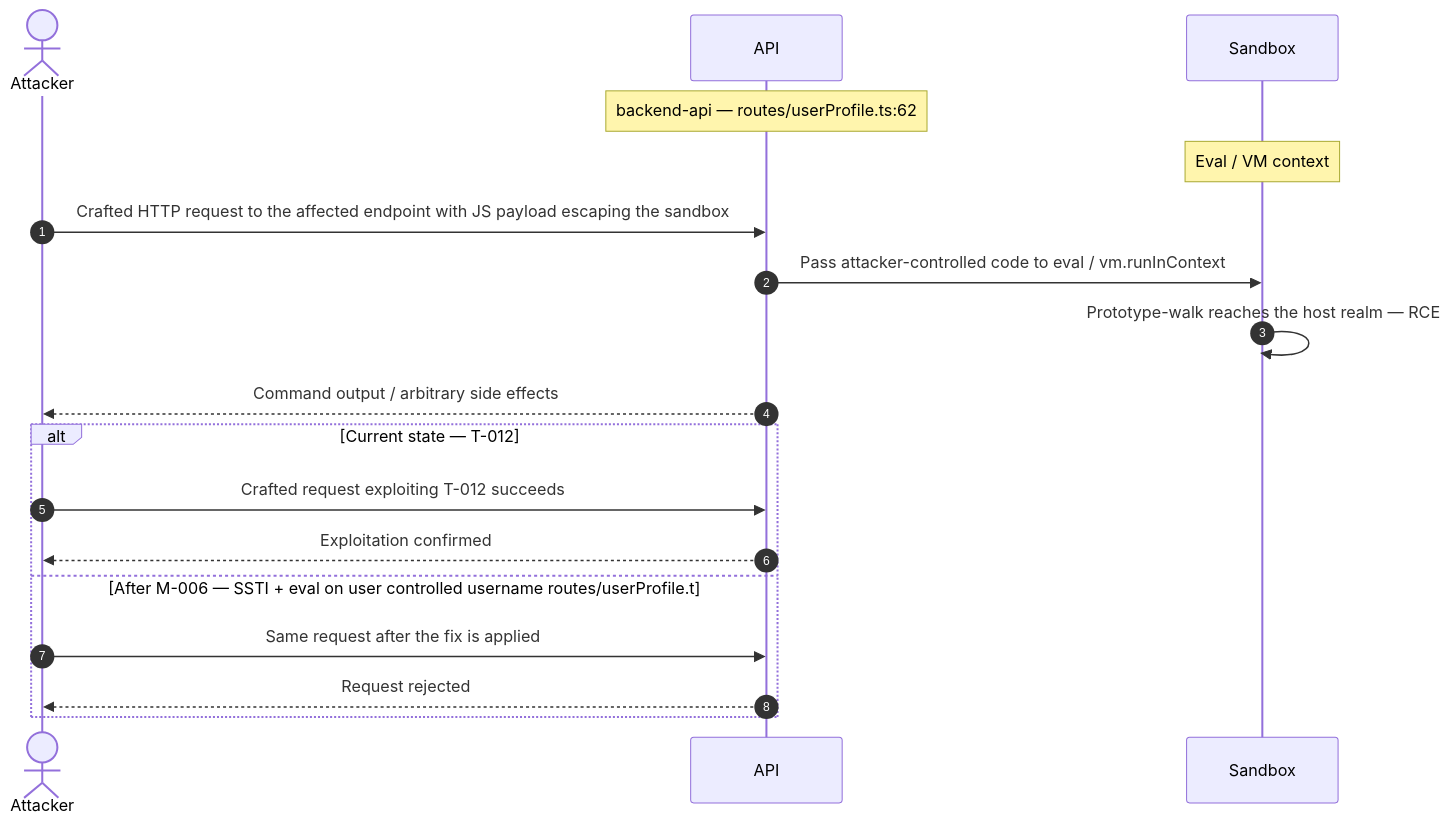
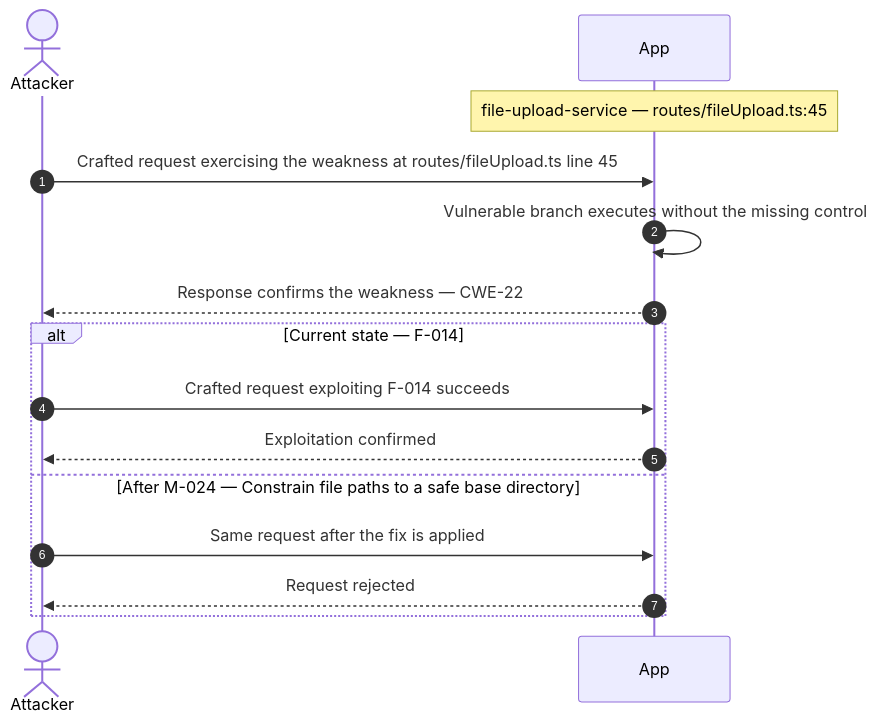
Diagram 12 of 12 in tests/fixtures/e2e/_repair-run/.fragments/_chain-skeleton.md (appsec-foundry/appsec-advisor), drawn with Mermaid before and after one commit. The commit also changed other lines of this file and 184 other files, not shown here.

````diff
--- a/tests/fixtures/e2e/_repair-run/.fragments/_chain-skeleton.md
+++ b/tests/fixtures/e2e/_repair-run/.fragments/_chain-skeleton.md
@@ -415,20 +452,17 @@
 ```mermaid
 sequenceDiagram
     autonumber
     actor Attacker
-    participant API
-    participant Sandbox
-    Note over API: backend-api — routes/userProfile.ts:62
-    Note over Sandbox: Eval / VM context
-    Attacker->>API: Crafted HTTP request to the affected endpoint with JS payload escaping the sandbox
-    API->>Sandbox: Pass attacker-controlled code to eval / vm.runInContext
-    Sandbox->>Sandbox: Prototype-walk reaches the host realm — RCE
-    API-->>Attacker: Command output / arbitrary side effects
-    alt Current state — T-012
-        Attacker->>API: Crafted request exploiting T-012 succeeds
-        API-->>Attacker: Exploitation confirmed
-    else After M-006 — SSTI + eval on user controlled username routes/userProfile.t
-        Attacker->>API: Same request after the fix is applied
-        API-->>Attacker: Request rejected
+    participant App
+    Note over App: file-upload-service — routes/fileUpload.ts:45
+    Attacker->>App: Crafted request exercising the weakness at routes/fileUpload.ts line 45
+    App->>App: Vulnerable branch executes without the missing control
+    App-->>Attacker: Response confirms the weakness — CWE-22
+    alt Current state — F-014
+        Attacker->>App: Crafted request exploiting F-014 succeeds
+        App-->>Attacker: Exploitation confirmed
+    else After M-024 — Constrain file paths to a safe base directory
+        Attacker->>App: Same request after the fix is applied
+        App-->>Attacker: Request rejected
     end
 ```
````
